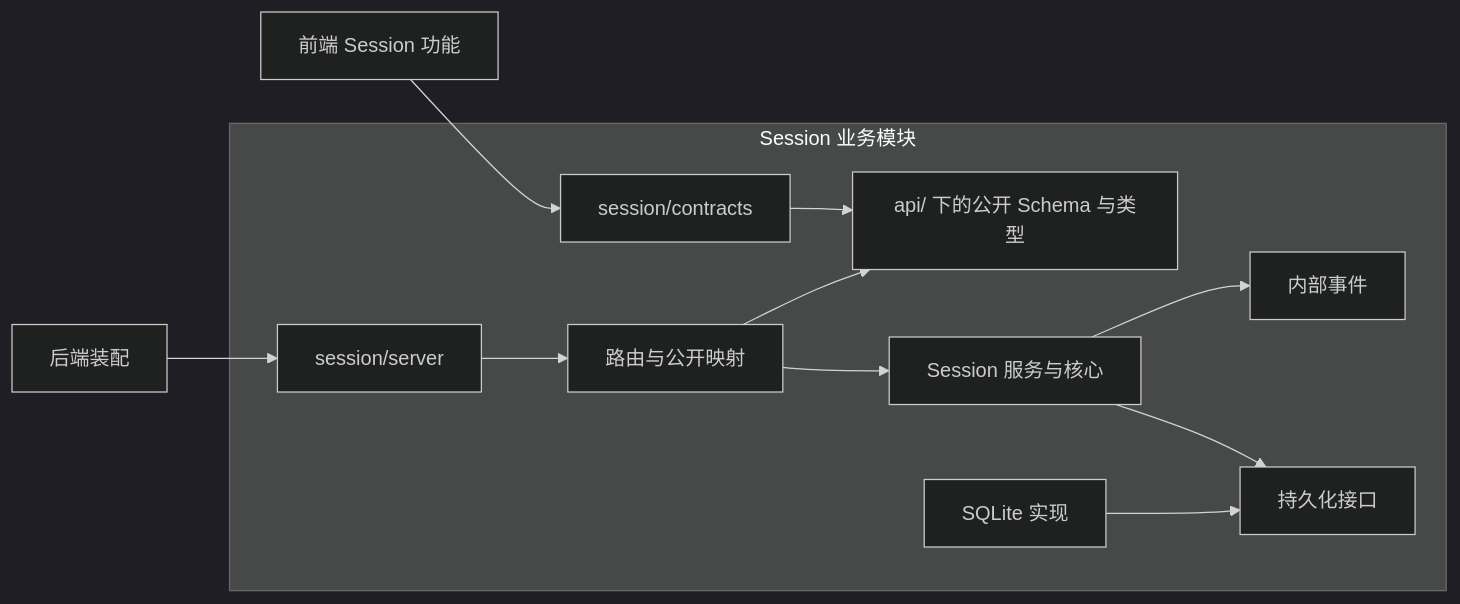
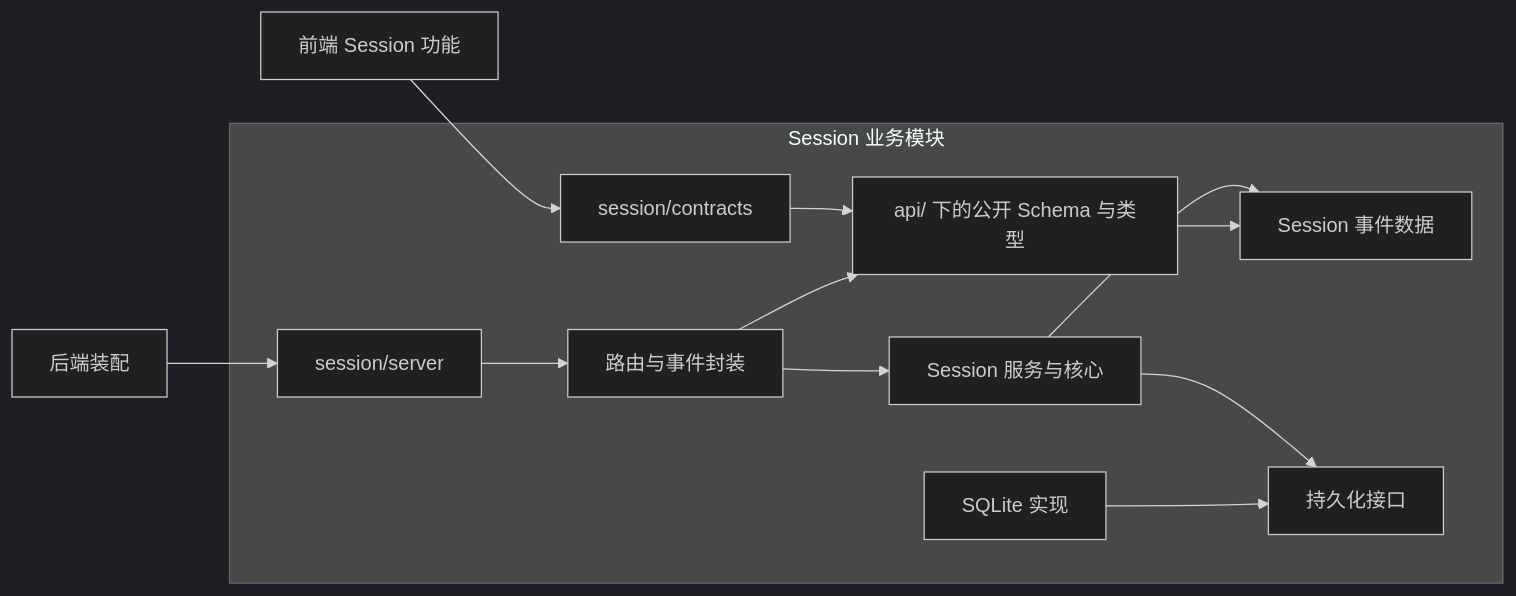
One commit to calwd0mn/MHarness changed the diagram in openspec/changes/agent-harness-prototype/design.md. Above: the diagram before and after it, drawn with Mermaid (dark theme). The commit also changed other lines of this file and 15 other files, not shown here.

````diff
--- a/openspec/changes/agent-harness-prototype/design.md
+++ b/openspec/changes/agent-harness-prototype/design.md
@@ -71,15 +73,16 @@
 ```mermaid
 flowchart LR
     WEB["前端 Session 功能"] --> CONTRACT["session/contracts"]
     APP["后端装配"] --> SERVER["session/server"]
 
     subgraph SESSION["Session 业务模块"]
         CONTRACT --> DATA["api/ 下的公开 Schema 与类型"]
-        SERVER --> ROUTES["路由与公开映射"]
+        SERVER --> ROUTES["路由与事件封装"]
         ROUTES --> DATA
         ROUTES --> SERVICE["Session 服务与核心"]
-        SERVICE --> EVENTS["内部事件"]
+        SERVICE --> EVENTS["Session 事件数据"]
+        DATA --> EVENTS
         SERVICE --> PORT["持久化接口"]
         SQLITE["SQLite 实现"] --> PORT
     end
 ```
````
